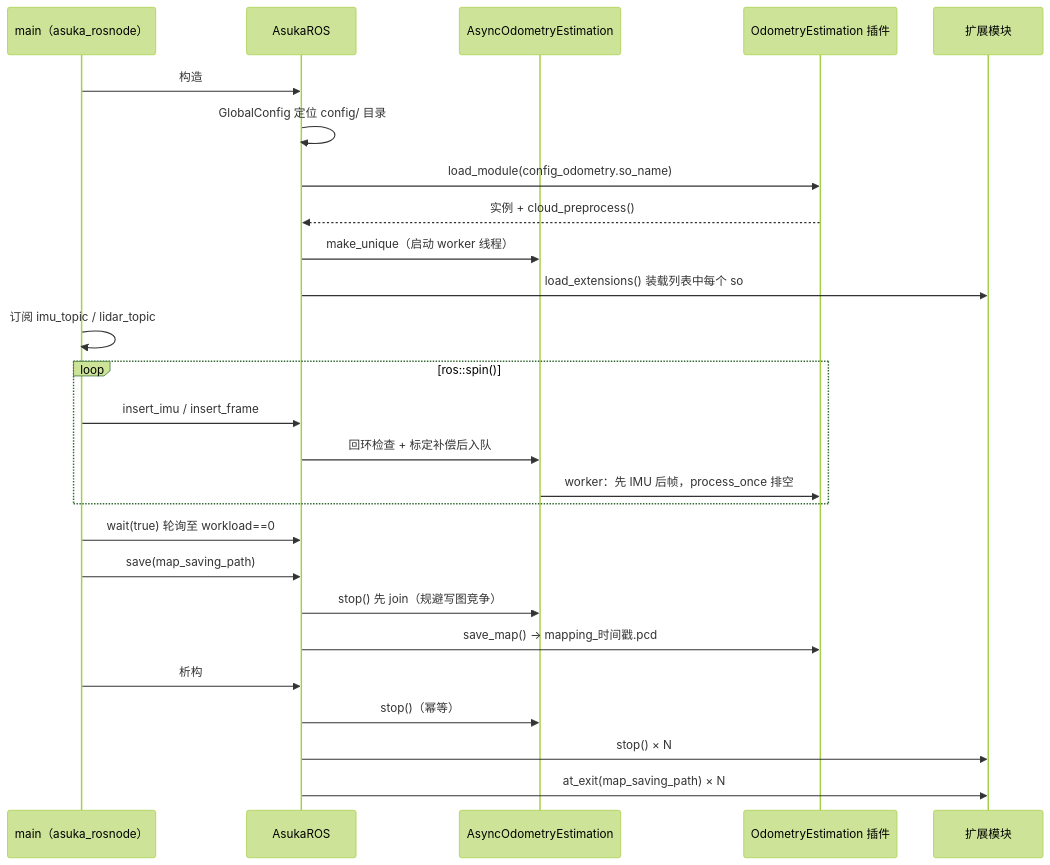
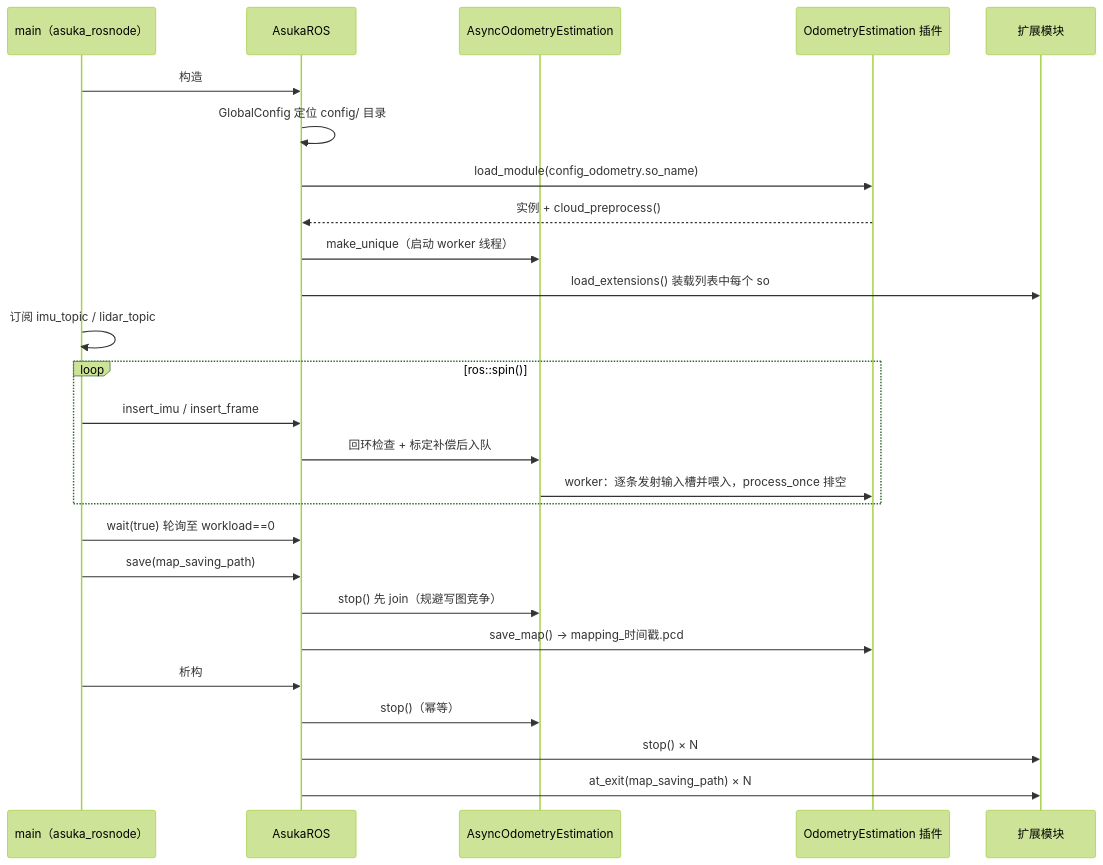
The second of 2 diagrams in docs/wiki/entry/01.md (AphroraC/asuka), drawn with Mermaid (forest theme) before and after one commit. The commit also changed other lines of this file and 30 other files, not shown here.

````diff
--- a/docs/wiki/entry/01.md
+++ b/docs/wiki/entry/01.md
@@ -75,29 +75,29 @@
 ```mermaid
 sequenceDiagram
     participant M as main（asuka_rosnode）
     participant A as AsukaROS
     participant Q as AsyncOdometryEstimation
     participant O as OdometryEstimation 插件
     participant E as 扩展模块
 
     M->>A: 构造
     A->>A: GlobalConfig 定位 config/ 目录
     A->>O: load_module(config_odometry.so_name)
     O-->>A: 实例 + cloud_preprocess()
     A->>Q: make_unique（启动 worker 线程）
     A->>E: load_extensions() 装载列表中每个 so
     M->>M: 订阅 imu_topic / lidar_topic
     loop ros::spin()
         M->>A: insert_imu / insert_frame
         A->>Q: 回环检查 + 标定补偿后入队
-        Q->>O: worker：先 IMU 后帧，process_once 排空
+        Q->>O: worker：逐条发射输入槽并喂入，process_once 排空
     end
     M->>A: wait(true) 轮询至 workload==0
     M->>A: save(map_saving_path)
     A->>Q: stop() 先 join（规避写图竞争）
     A->>O: save_map() → mapping_时间戳.pcd
     M->>A: 析构
     A->>Q: stop()（幂等）
     A->>E: stop() × N
     A->>E: at_exit(map_saving_path) × N
 ```
````
